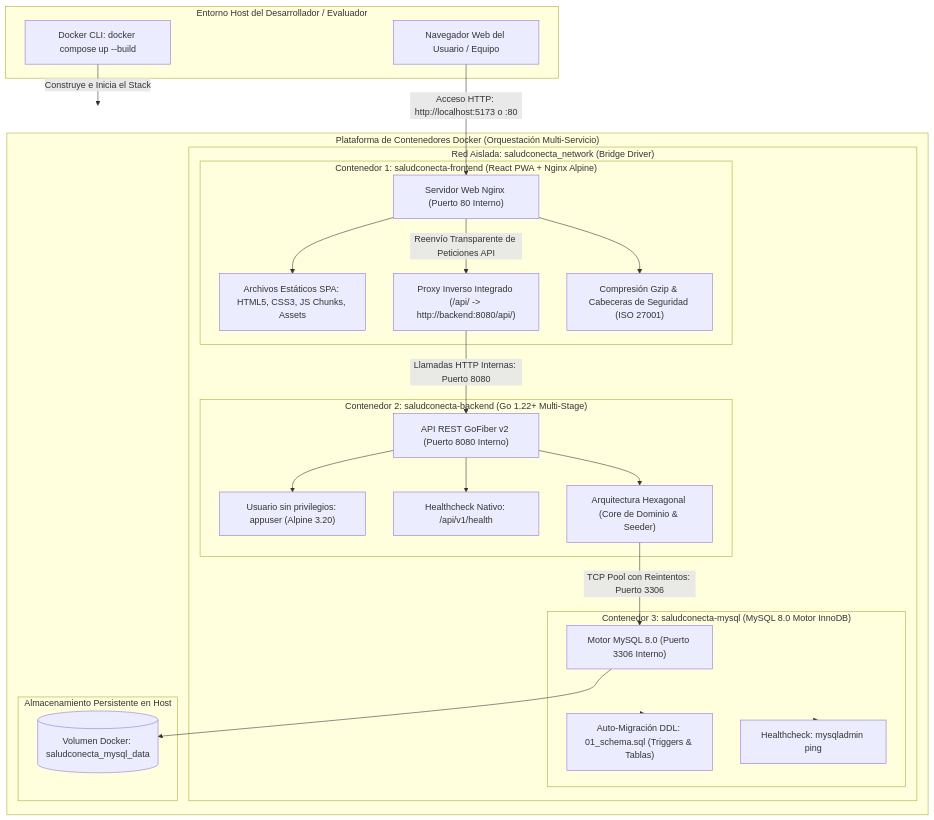
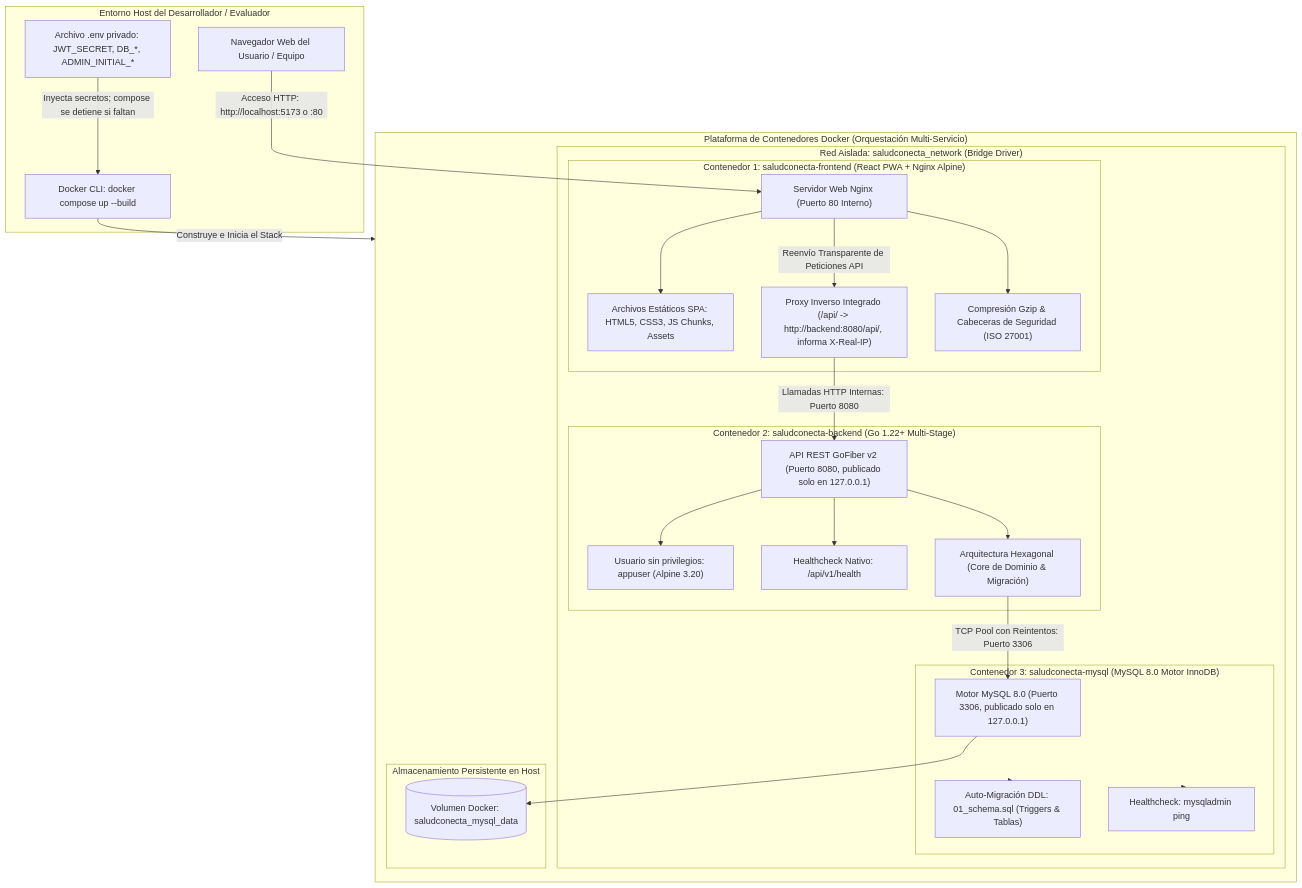
Before and after one commit to ThiagoVelez/Proyecto_felipe: the diagram in docs/diagrams/11_arquitectura_contenedores_docker.mmd, drawn with Mermaid. The commit also changed 39 other files, not shown here.

First line of the commit message:
docs: actualizar readme, documentos tecnicos y diagramas tras la auditoria de seguridad

```diff
--- a/docs/diagrams/11_arquitectura_contenedores_docker.mmd
+++ b/docs/diagrams/11_arquitectura_contenedores_docker.mmd
@@ -1,52 +1,54 @@
 flowchart TB
     subgraph HostEnvironment ["Entorno Host del Desarrollador / Evaluador"]
         Developer["Navegador Web del Usuario / Equipo"]
+        EnvFile["Archivo .env privado: JWT_SECRET, DB_*, ADMIN_INITIAL_*"]
         DockerCLI["Docker CLI: docker compose up --build"]
     end
 
     subgraph DockerPlatform ["Plataforma de Contenedores Docker (Orquestación Multi-Servicio)"]
         subgraph NetBridge ["Red Aislada: saludconecta_network (Bridge Driver)"]
-            
+
             subgraph FrontContainer ["Contenedor 1: saludconecta-frontend (React PWA + Nginx Alpine)"]
                 NginxSrv["Servidor Web Nginx (Puerto 80 Interno)"]
                 StaticFiles["Archivos Estáticos SPA: HTML5, CSS3, JS Chunks, Assets"]
-                ReverseProxy["Proxy Inverso Integrado (/api/ -> http://backend:8080/api/)"]
+                ReverseProxy["Proxy Inverso Integrado (/api/ -> http://backend:8080/api/, informa X-Real-IP)"]
                 GzipEngine["Compresión Gzip & Cabeceras de Seguridad (ISO 27001)"]
             end
 
             subgraph BackContainer ["Contenedor 2: saludconecta-backend (Go 1.22+ Multi-Stage)"]
-                GoFiberAPI["API REST GoFiber v2 (Puerto 8080 Interno)"]
+                GoFiberAPI["API REST GoFiber v2 (Puerto 8080, publicado solo en 127.0.0.1)"]
                 AppUser["Usuario sin privilegios: appuser (Alpine 3.20)"]
                 HealthProbe["Healthcheck Nativo: /api/v1/health"]
-                HexEngine["Arquitectura Hexagonal (Core de Dominio & Seeder)"]
+                HexEngine["Arquitectura Hexagonal (Core de Dominio & Migración)"]
             end
 
             subgraph DBContainer ["Contenedor 3: saludconecta-mysql (MySQL 8.0 Motor InnoDB)"]
-                MySQLCore["Motor MySQL 8.0 (Puerto 3306 Interno)"]
+                MySQLCore["Motor MySQL 8.0 (Puerto 3306, publicado solo en 127.0.0.1)"]
                 SchemaInit["Auto-Migración DDL: 01_schema.sql (Triggers & Tablas)"]
                 MySQLHealth["Healthcheck: mysqladmin ping"]
             end
 
         end
 
         subgraph PersistentVolumes ["Almacenamiento Persistente en Host"]
             VolMySQL[("Volumen Docker: saludconecta_mysql_data")]
         end
     end
 
     Developer -->|Acceso HTTP: http://localhost:5173 o :80| NginxSrv
+    EnvFile -->|Inyecta secretos; compose se detiene si faltan| DockerCLI
     DockerCLI -->|Construye e Inicia el Stack| DockerPlatform
 
     NginxSrv --> StaticFiles
     NginxSrv --> GzipEngine
     NginxSrv -->|Reenvío Transparente de Peticiones API| ReverseProxy
     ReverseProxy -->|Llamadas HTTP Internas: Puerto 8080| GoFiberAPI
 
     GoFiberAPI --> AppUser
     GoFiberAPI --> HexEngine
     GoFiberAPI --> HealthProbe
     HexEngine -->|TCP Pool con Reintentos: Puerto 3306| MySQLCore
 
     DBContainer --> SchemaInit
     DBContainer --> MySQLHealth
     MySQLCore --> VolMySQL
```
